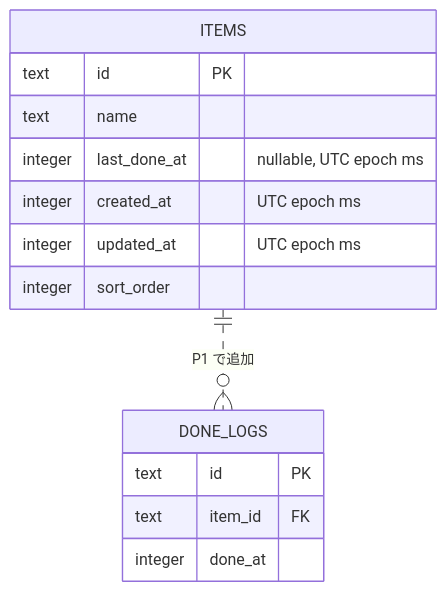
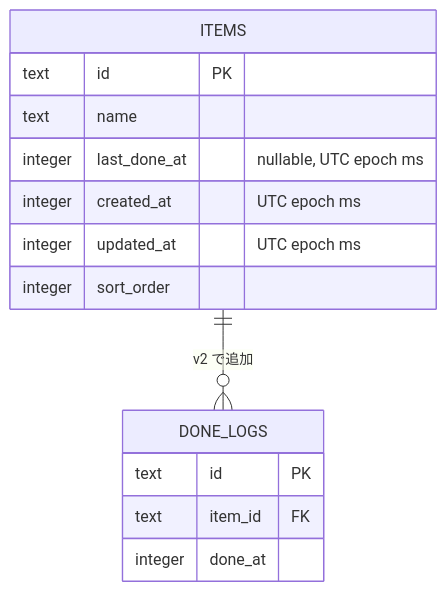
The second of 5 diagrams in docs/functional-design.md (fuji18/lastwhen), drawn with Mermaid before and after one commit. The commit also changed other lines of this file and 4 other files, not shown here.

````diff
--- a/docs/functional-design.md
+++ b/docs/functional-design.md
@@ -81,17 +81,17 @@
 ```mermaid
 erDiagram
     ITEMS {
         text id PK
         text name
         integer last_done_at "nullable, UTC epoch ms"
         integer created_at "UTC epoch ms"
         integer updated_at "UTC epoch ms"
         integer sort_order
     }
     DONE_LOGS {
         text id PK
         text item_id FK
         integer done_at
     }
-    ITEMS ||..o{ DONE_LOGS : "P1 で追加"
+    ITEMS ||--o{ DONE_LOGS : "v2 で追加"
 ```
````
